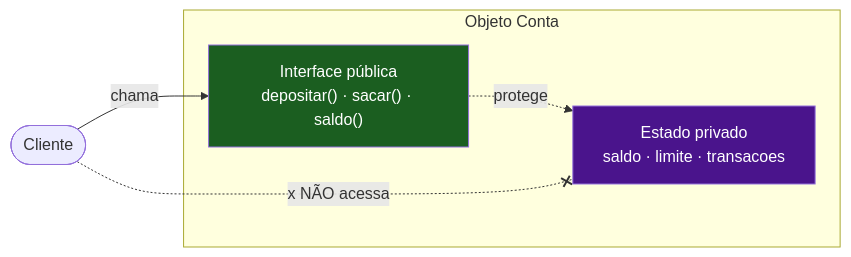
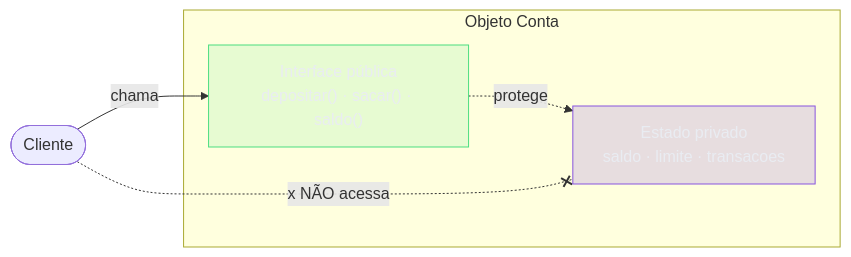
One commit to josenaldo/codex-technomanticus changed the first of 2 diagrams in 03-Dominios/Engenharia/Design de Software/Orientação a Objetos/02 - Encapsulamento.md. Above: the diagram before and after it, drawn with Mermaid. The commit also changed other lines of this file and 1181 other files, not shown here.

First line of the commit message:
fix(diagramas): paleta do sistema no lugar de cor cravada no markdown

````diff
--- a/03-Dominios/Engenharia/Design de Software/Orientação a Objetos/02 - Encapsulamento.md
+++ b/03-Dominios/Engenharia/Design de Software/Orientação a Objetos/02 - Encapsulamento.md
@@ -28,14 +28,16 @@
 ```mermaid
 flowchart LR
+    classDef ok fill:#4ADE8021,stroke:#4ADE80,color:#E9ECF2
+    classDef marca fill:#8855DF33,stroke:#8855DF,color:#E9ECF2
     Cliente([Cliente]) -->|chama| API
 
     subgraph Objeto["Objeto Conta"]
         API["Interface pública<br/>depositar() · sacar() · saldo()"]
         API -.protege.-> Estado["Estado privado<br/>saldo · limite · transacoes"]
     end
 
     Cliente -.x NÃO acessa.-x Estado
 
-    style API fill:#1b5e20,color:#fff
-    style Estado fill:#4a148c,color:#fff
+    class API ok
+    class Estado marca
 ```
````
